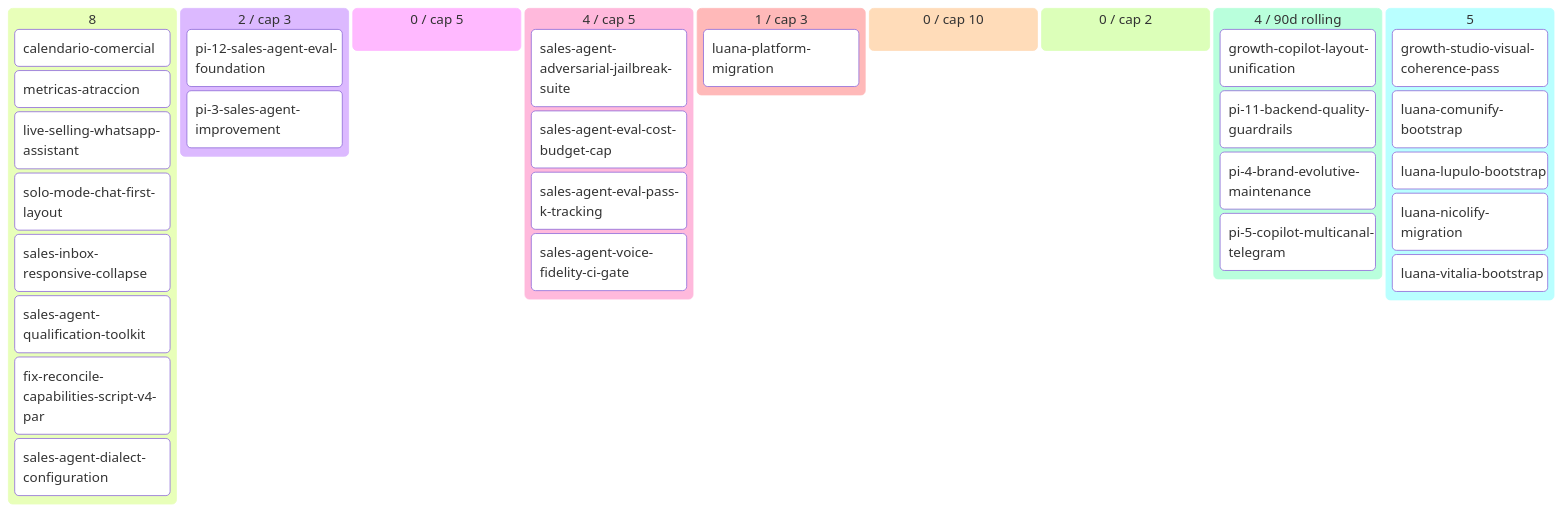
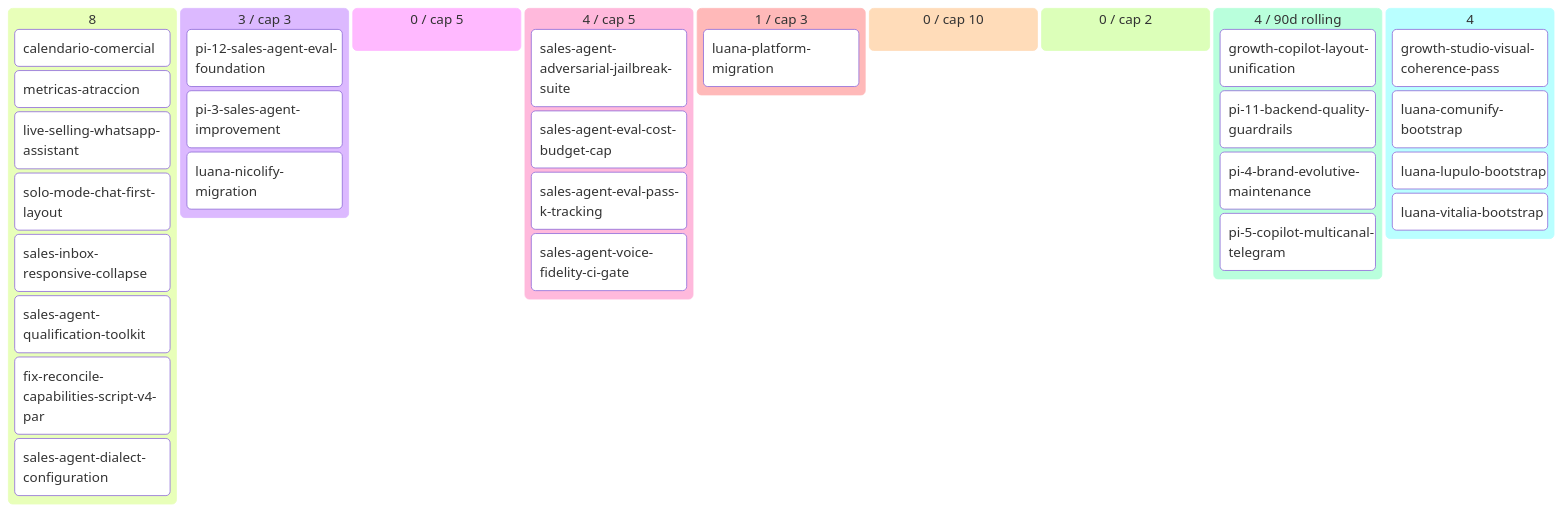
One commit to alpacapurpura/ap_sales_agent changed the diagram in docs/product/BACKLOG.md. Above: the diagram before and after it, drawn with Mermaid. The commit also changed other lines of this file and 4 other files, not shown here.

````diff
--- a/docs/product/BACKLOG.md
+++ b/docs/product/BACKLOG.md
@@ -62,36 +62,36 @@
 ```mermaid
 kanban
   💡 Ideas (8)
     calendario-comercial[calendario-comercial]
     metricas-atraccion[metricas-atraccion]
     live-selling-whatsapp-assistan[live-selling-whatsapp-assistant]
     solo-mode-chat-first-layout[solo-mode-chat-first-layout]
     sales-inbox-responsive-collaps[sales-inbox-responsive-collapse]
     sales-agent-qualification-tool[sales-agent-qualification-toolkit]
     fix-reconcile-capabilities-scr[fix-reconcile-capabilities-script-v4-par]
     sales-agent-dialect-configurat[sales-agent-dialect-configuration]
-  🔬 Refining (2 / cap 3)
+  🔬 Refining (3 / cap 3)
     pi-12-sales-agent-eval-foundat[pi-12-sales-agent-eval-foundation]
     pi-3-sales-agent-improvement[pi-3-sales-agent-improvement]
+    luana-nicolify-migration[luana-nicolify-migration]
   ✅ Refined (0 / cap 5)
   📦 Ready (4 / cap 5)
     sales-agent-adversarial-jailbr[sales-agent-adversarial-jailbreak-suite]
     sales-agent-eval-cost-budget-c[sales-agent-eval-cost-budget-cap]
     sales-agent-eval-pass-k-tracki[sales-agent-eval-pass-k-tracking]
     sales-agent-voice-fidelity-ci-[sales-agent-voice-fidelity-ci-gate]
   🔨 Developing (1 / cap 3)
     luana-platform-migration[luana-platform-migration]
   🧪 Developed (0 / cap 10)
   🔍 Reviewing (0 / cap 2)
   ✅ Done (4 / 90d rolling)
     growth-copilot-layout-unificat[growth-copilot-layout-unification]
     pi-11-backend-quality-guardrai[pi-11-backend-quality-guardrails]
     pi-4-brand-evolutive-maintenan[pi-4-brand-evolutive-maintenance]
     pi-5-copilot-multicanal-telegr[pi-5-copilot-multicanal-telegram]
-  🅿 Parked (5)
+  🅿 Parked (4)
     growth-studio-visual-coherence[growth-studio-visual-coherence-pass]
     luana-comunify-bootstrap[luana-comunify-bootstrap]
     luana-lupulo-bootstrap[luana-lupulo-bootstrap]
-    luana-nicolify-migration[luana-nicolify-migration]
     luana-vitalia-bootstrap[luana-vitalia-bootstrap]
 ```
````
